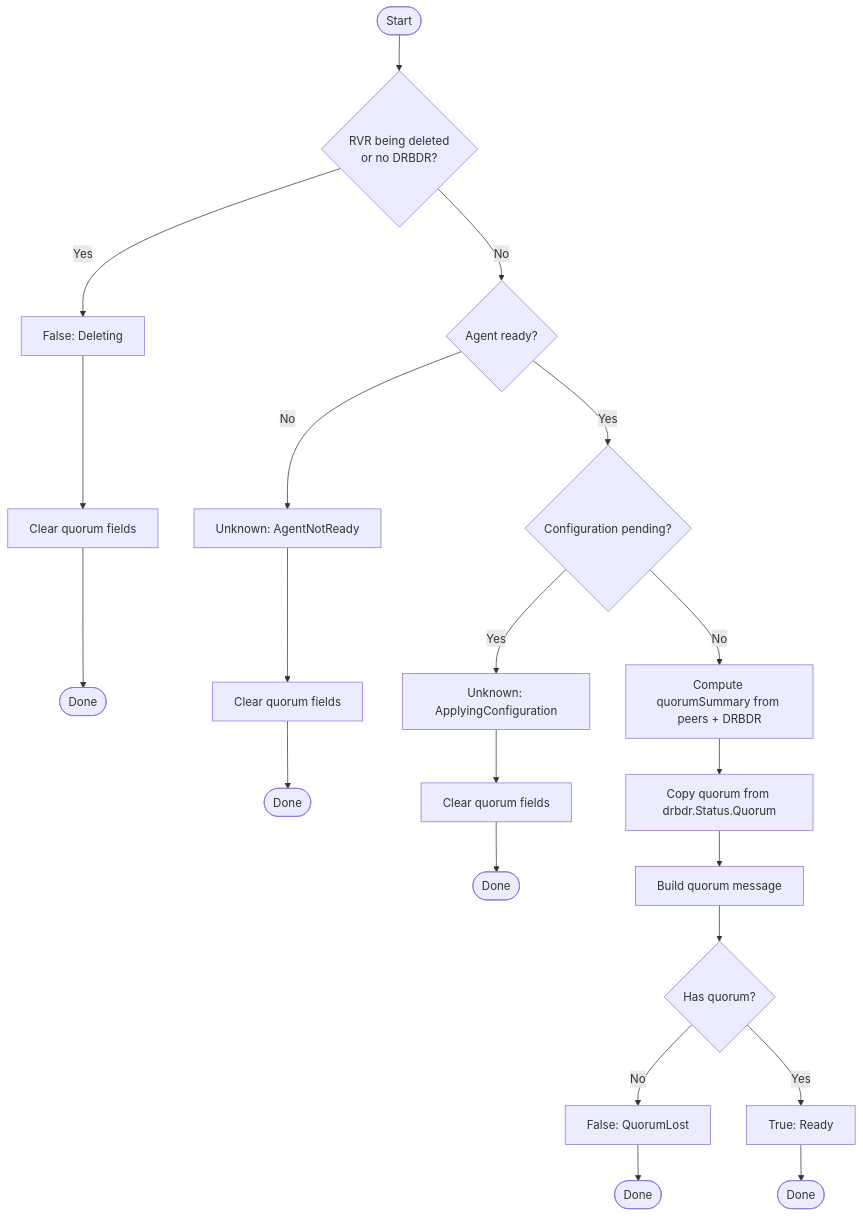
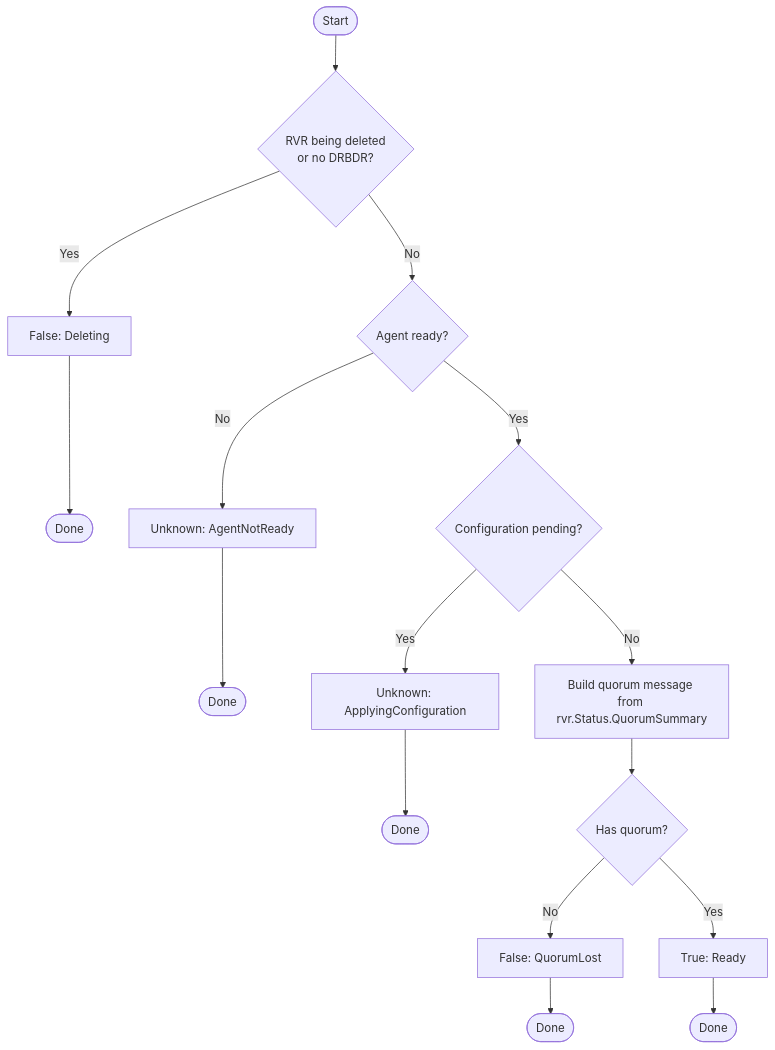
Diagram 12 of 12 in images/controller/internal/controllers/rvr_controller/README.md (deckhouse/sds-replicated-volume), drawn with Mermaid before and after one commit. The commit also changed other lines of this file and 2 other files, not shown here.

First line of the commit message:
[controller/rvr] Decouple quorum status from Ready condition

````diff
--- a/images/controller/internal/controllers/rvr_controller/README.md
+++ b/images/controller/internal/controllers/rvr_controller/README.md
@@ -939,28 +972,23 @@
 ```mermaid
 flowchart TD
     Start([Start]) --> CheckDelete{RVR being deleted<br/>or no DRBDR?}
     CheckDelete -->|Yes| SetDeleting[False: Deleting]
-    SetDeleting --> ClearQuorum1[Clear quorum fields]
-    ClearQuorum1 --> End1([Done])
+    SetDeleting --> End1([Done])
 
     CheckDelete -->|No| CheckAgent{Agent ready?}
     CheckAgent -->|No| SetUnknown1[Unknown: AgentNotReady]
-    SetUnknown1 --> ClearQuorum2[Clear quorum fields]
-    ClearQuorum2 --> End2([Done])
+    SetUnknown1 --> End2([Done])
 
     CheckAgent -->|Yes| CheckPending{Configuration pending?}
     CheckPending -->|Yes| SetUnknown2[Unknown: ApplyingConfiguration]
-    SetUnknown2 --> ClearQuorum3[Clear quorum fields]
-    ClearQuorum3 --> End3([Done])
+    SetUnknown2 --> End3([Done])
 
-    CheckPending -->|No| ComputeSummary[Compute quorumSummary from peers + DRBDR]
-    ComputeSummary --> CopyQuorum[Copy quorum from drbdr.Status.Quorum]
-    CopyQuorum --> BuildMessage[Build quorum message]
+    CheckPending -->|No| BuildMessage[Build quorum message from rvr.Status.QuorumSummary]
     BuildMessage --> CheckQuorum{Has quorum?}
 
     CheckQuorum -->|No| SetFalse[False: QuorumLost]
     CheckQuorum -->|Yes| SetTrue[True: Ready]
 
     SetFalse --> End4([Done])
     SetTrue --> End5([Done])
 ```
````
